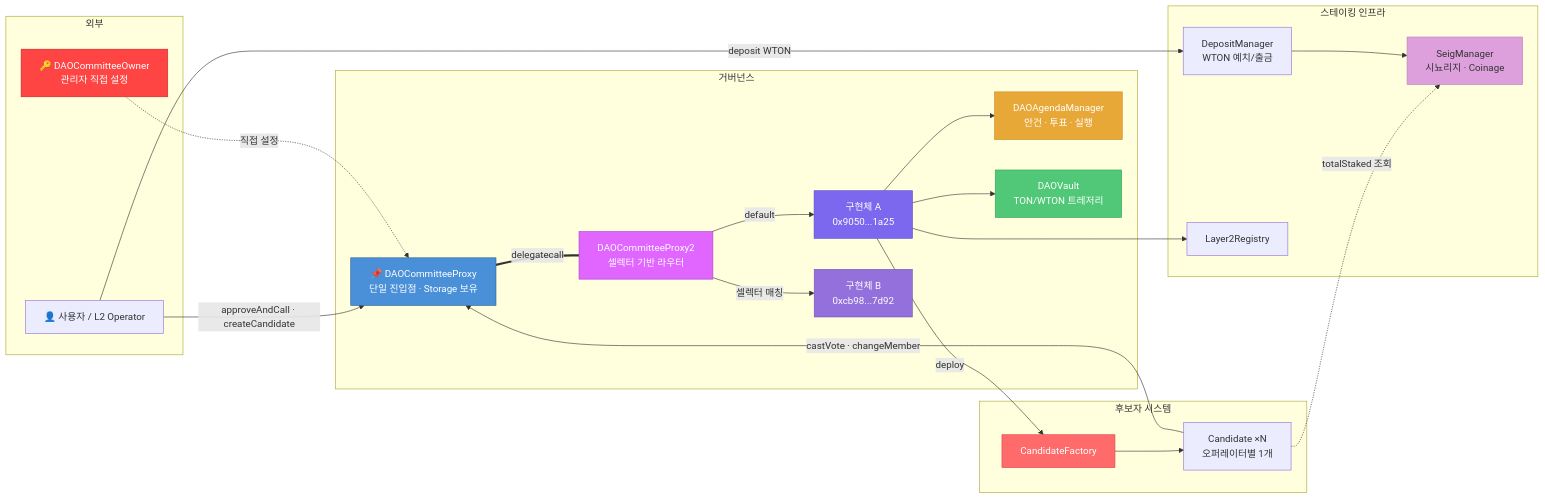
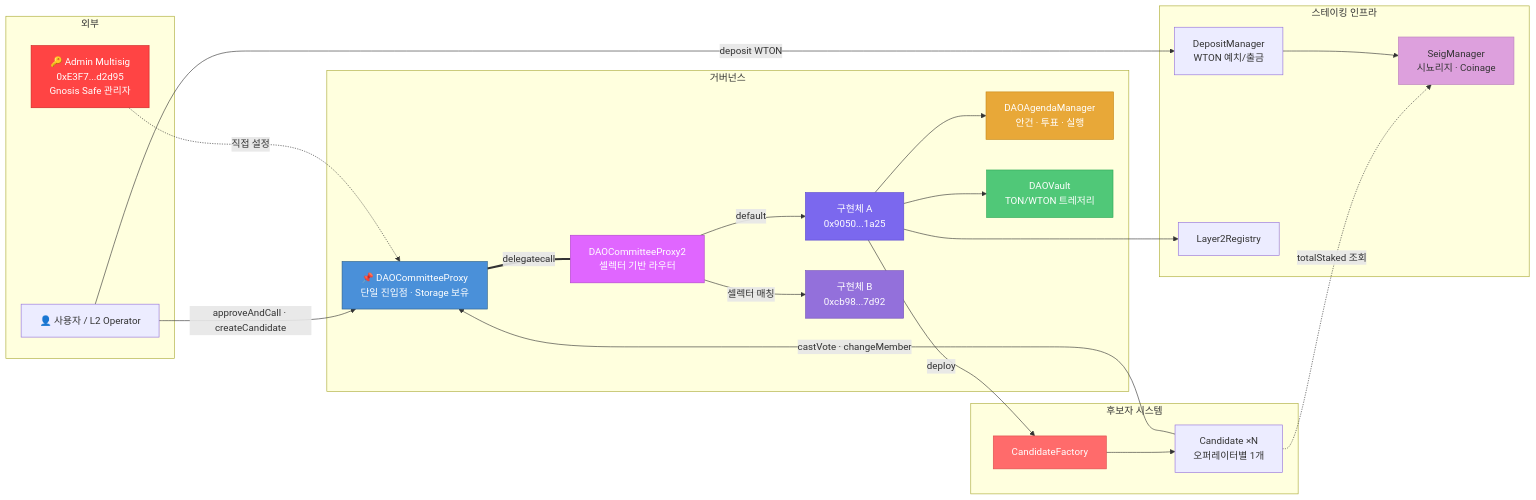
Before and after one commit to tokamak-network/tokamak-dao-v2: the first of 11 diagrams in docs/v1-architecture.md, drawn with Mermaid. The commit also changed other lines of this file, not shown here.

First line of the commit message:
docs: fix V1 admin address to current Gnosis Safe multisig

````diff
--- a/docs/v1-architecture.md
+++ b/docs/v1-architecture.md
@@ -5,52 +5,52 @@
 ```mermaid
 graph LR
     subgraph External["외부"]
         USER["👤 사용자 / L2 Operator"]
-        DCO["🔑 DAOCommitteeOwner<br/>관리자 직접 설정"]
+        DCO["🔑 Admin Multisig<br/>0xE3F7...d2d95<br/>Gnosis Safe 관리자"]
     end
 
     subgraph Governance["거버넌스"]
         DCP["📌 DAOCommitteeProxy<br/>단일 진입점 · Storage 보유"]
         DCP2["DAOCommitteeProxy2<br/>셀렉터 기반 라우터"]
         IMPL_A["구현체 A<br/>0x9050...1a25"]
         IMPL_B["구현체 B<br/>0xcb98...7d92"]
         DAM["DAOAgendaManager<br/>안건 · 투표 · 실행"]
         DV["DAOVault<br/>TON/WTON 트레저리"]
     end
 
     subgraph Candidates["후보자 시스템"]
         CF["CandidateFactory"]
         CAND["Candidate ×N<br/>오퍼레이터별 1개"]
     end
 
     subgraph Staking["스테이킹 인프라"]
         DM["DepositManager<br/>WTON 예치/출금"]
         SM["SeigManager<br/>시뇨리지 · Coinage"]
         L2R["Layer2Registry"]
     end
 
     USER -->|"approveAndCall · createCandidate"| DCP
     DCO -.->|"직접 설정"| DCP
     DCP ===|"delegatecall"| DCP2
     DCP2 -->|"셀렉터 매칭"| IMPL_B
     DCP2 -->|"default"| IMPL_A
     IMPL_A --> DAM
     IMPL_A --> DV
     IMPL_A -->|"deploy"| CF
     CF --> CAND
     CAND -->|"castVote · changeMember"| DCP
     CAND -.->|"totalStaked 조회"| SM
     IMPL_A --> L2R
     USER -->|"deposit WTON"| DM
     DM --> SM
 
     style DCP fill:#4A90D9,stroke:#2C5F8A,color:#fff
     style DCP2 fill:#E066FF,stroke:#B040CC,color:#fff
     style IMPL_A fill:#7B68EE,stroke:#5B48CE,color:#fff
     style IMPL_B fill:#9370DB,stroke:#7350BB,color:#fff
     style DAM fill:#E8A838,stroke:#C88818,color:#fff
     style DV fill:#50C878,stroke:#30A858,color:#fff
     style CF fill:#FF6B6B,stroke:#DD4B4B,color:#fff
     style SM fill:#DDA0DD,stroke:#BB80BB,color:#333
     style DCO fill:#FF4444,stroke:#CC2222,color:#fff
 ```
````
